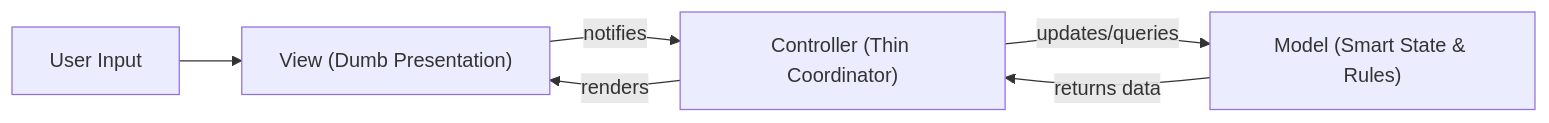
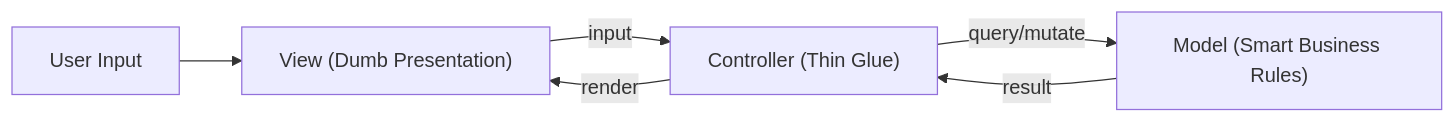
Before and after one commit to SanjayR857/All-in-One-Notes: the diagram in python-design-patterns/structural/mvc.md, drawn with Mermaid. The commit also changed other lines of this file and 40 other files, not shown here.

````diff
--- a/python-design-patterns/structural/mvc.md
+++ b/python-design-patterns/structural/mvc.md
@@ -25,8 +33,8 @@
 ```mermaid
 flowchart LR
     User["User Input"] --> View["View (Dumb Presentation)"]
-    View -->|notifies| Ctrl["Controller (Thin Coordinator)"]
-    Ctrl -->|updates/queries| Model["Model (Smart State & Rules)"]
-    Model -->|returns data| Ctrl
-    Ctrl -->|renders| View
+    View -->|input| Ctrl["Controller (Thin Glue)"]
+    Ctrl -->|query/mutate| Model["Model (Smart Business Rules)"]
+    Model -->|result| Ctrl
+    Ctrl -->|render| View
 ```
````
